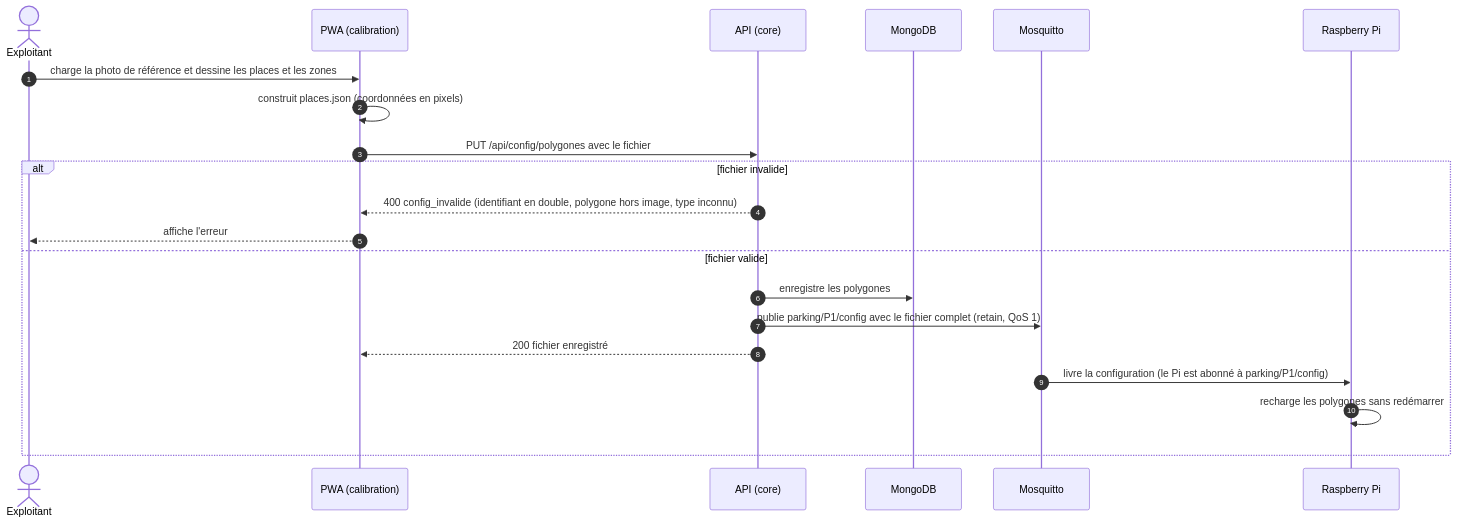
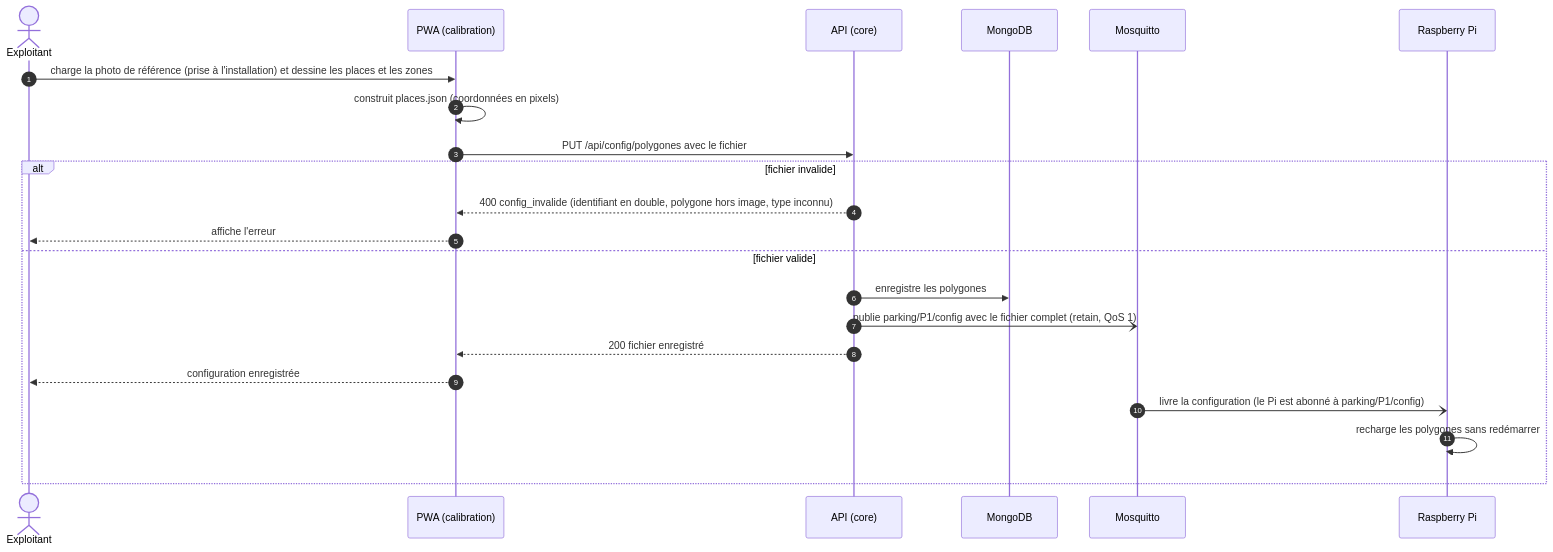
Before and after one commit to amaltrigui19/projet_smart_parking: the sixth of 6 diagrams in docs/uml/03-sequences.md, drawn with Mermaid. The commit also changed other lines of this file and 3 other files, not shown here.

Commit message:
uml corrigée

````diff
--- a/docs/uml/03-sequences.md
+++ b/docs/uml/03-sequences.md
@@ -195,25 +216,26 @@
 ```mermaid
 sequenceDiagram
     autonumber
     actor E as Exploitant
     participant PWA as PWA (calibration)
     participant API as API (core)
     participant DB as MongoDB
     participant MQ as Mosquitto
     participant Pi as Raspberry Pi
 
-    E->>PWA: charge la photo de référence et dessine les places et les zones
+    E->>PWA: charge la photo de référence (prise à l'installation) et dessine les places et les zones
     PWA->>PWA: construit places.json (coordonnées en pixels)
     PWA->>API: PUT /api/config/polygones avec le fichier
 
     alt fichier invalide
         API-->>PWA: 400 config_invalide (identifiant en double, polygone hors image, type inconnu)
         PWA-->>E: affiche l'erreur
     else fichier valide
         API->>DB: enregistre les polygones
-        API->>MQ: publie parking/P1/config avec le fichier complet (retain, QoS 1)
+        API-)MQ: publie parking/P1/config avec le fichier complet (retain, QoS 1)
         API-->>PWA: 200 fichier enregistré
-        MQ->>Pi: livre la configuration (le Pi est abonné à parking/P1/config)
+        PWA-->>E: configuration enregistrée
+        MQ-)Pi: livre la configuration (le Pi est abonné à parking/P1/config)
         Pi->>Pi: recharge les polygones sans redémarrer
     end
 ```
````
